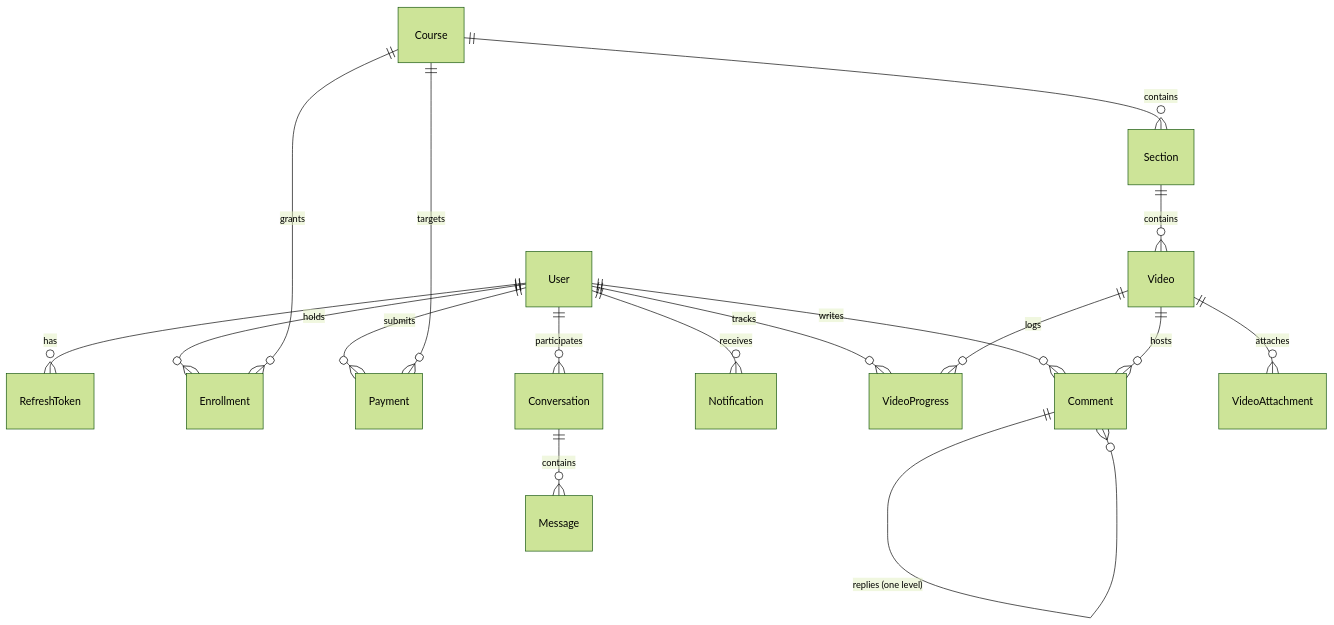
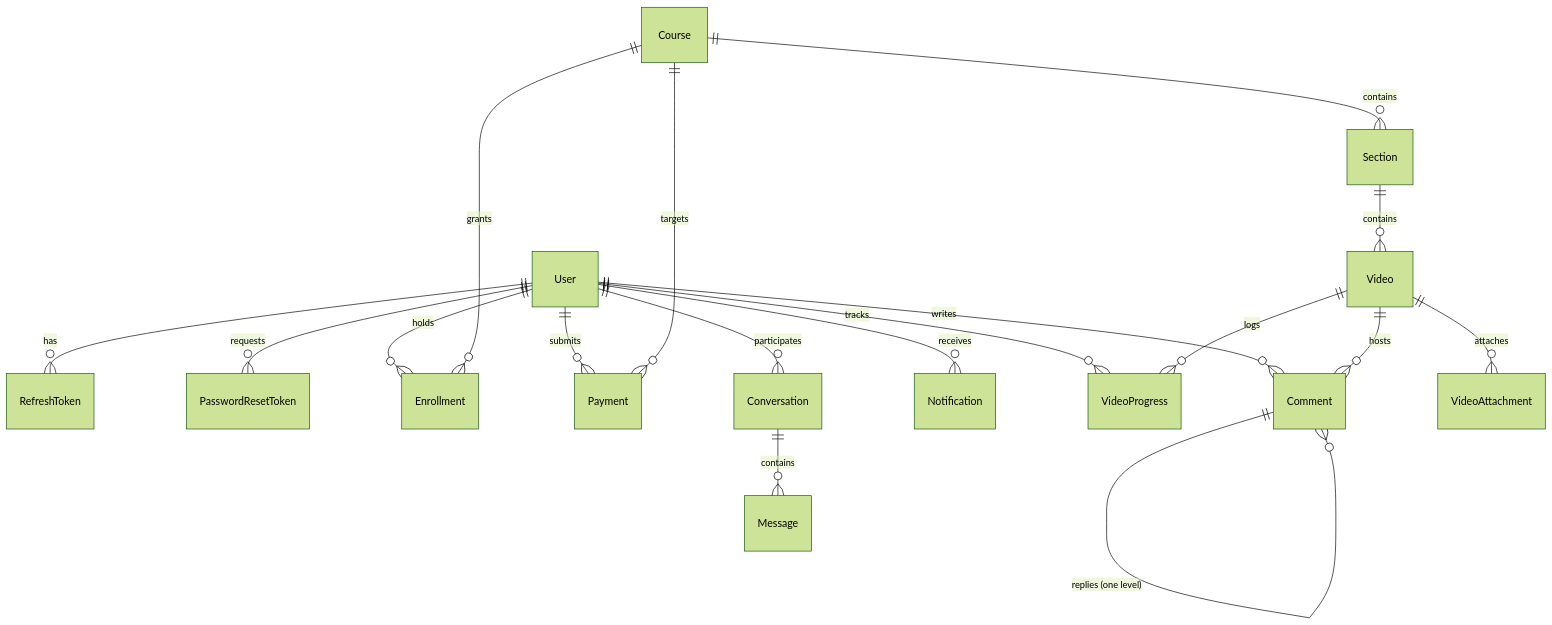
One commit to maronegehan790-jpg/- changed the diagram in specs/001-zizo-lms/data-model.md. Above: the diagram before and after it, drawn with Mermaid (forest theme). The commit also changed other lines of this file and 4 other files, not shown here.

````diff
--- a/specs/001-zizo-lms/data-model.md
+++ b/specs/001-zizo-lms/data-model.md
@@ -13,22 +13,23 @@
 ```mermaid
 erDiagram
     User ||--o{ RefreshToken : has
+    User ||--o{ PasswordResetToken : requests
     User ||--o{ Enrollment : holds
     User ||--o{ Payment : submits
     User ||--o{ Comment : writes
     User ||--o{ Notification : receives
     User ||--o{ VideoProgress : tracks
     User ||--o{ Conversation : participates
 
     Course ||--o{ Section : contains
     Course ||--o{ Enrollment : grants
     Course ||--o{ Payment : targets
     
     Section ||--o{ Video : contains
     Video ||--o{ VideoAttachment : attaches
     Video ||--o{ Comment : hosts
     Video ||--o{ VideoProgress : logs
 
     Comment ||--o{ Comment : "replies (one level)"
     Conversation ||--o{ Message : contains
 ```
````
